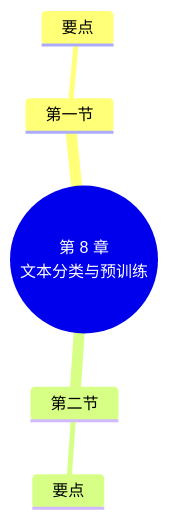
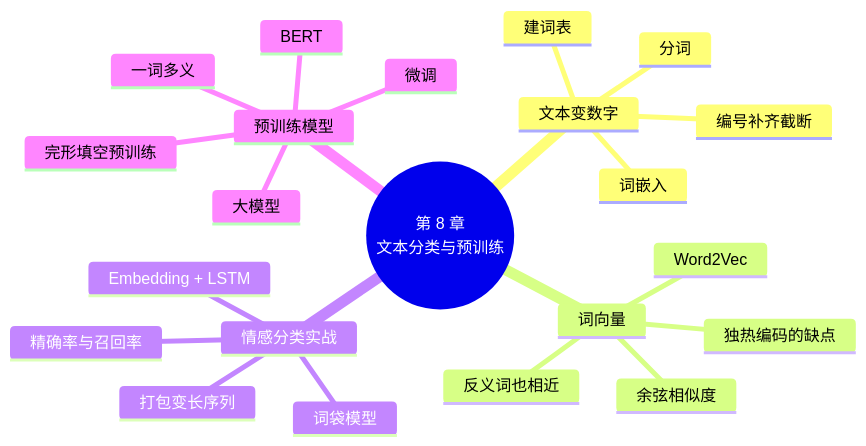
Before and after one commit to MingziFu9/dl-textbook: the diagram in docs/chapters/08-text/index.md, drawn with Mermaid. The commit also changed other lines of this file and 3 other files, not shown here.

````diff
--- a/docs/chapters/08-text/index.md
+++ b/docs/chapters/08-text/index.md
@@ -188,8 +498,25 @@
 ```mermaid
 mindmap
   root((第 8 章<br/>文本分类与预训练))
-    第一节
-      要点
-    第二节
-      要点
+    文本变数字
+      分词
+      建词表
+      编号补齐截断
+      词嵌入
+    词向量
+      独热编码的缺点
+      Word2Vec
+      余弦相似度
+      反义词也相近
+    情感分类实战
+      词袋模型
+      Embedding + LSTM
+      打包变长序列
+      精确率与召回率
+    预训练模型
+      一词多义
+      BERT
+      完形填空预训练
+      微调
+      大模型
 ```
````
